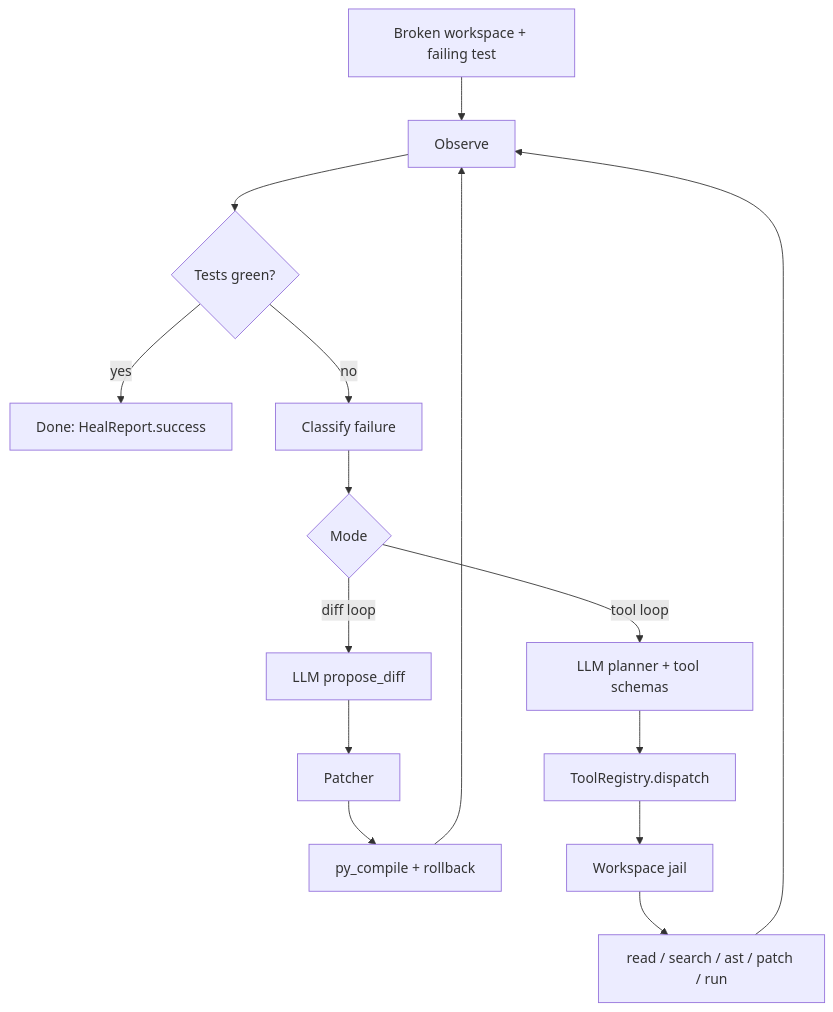
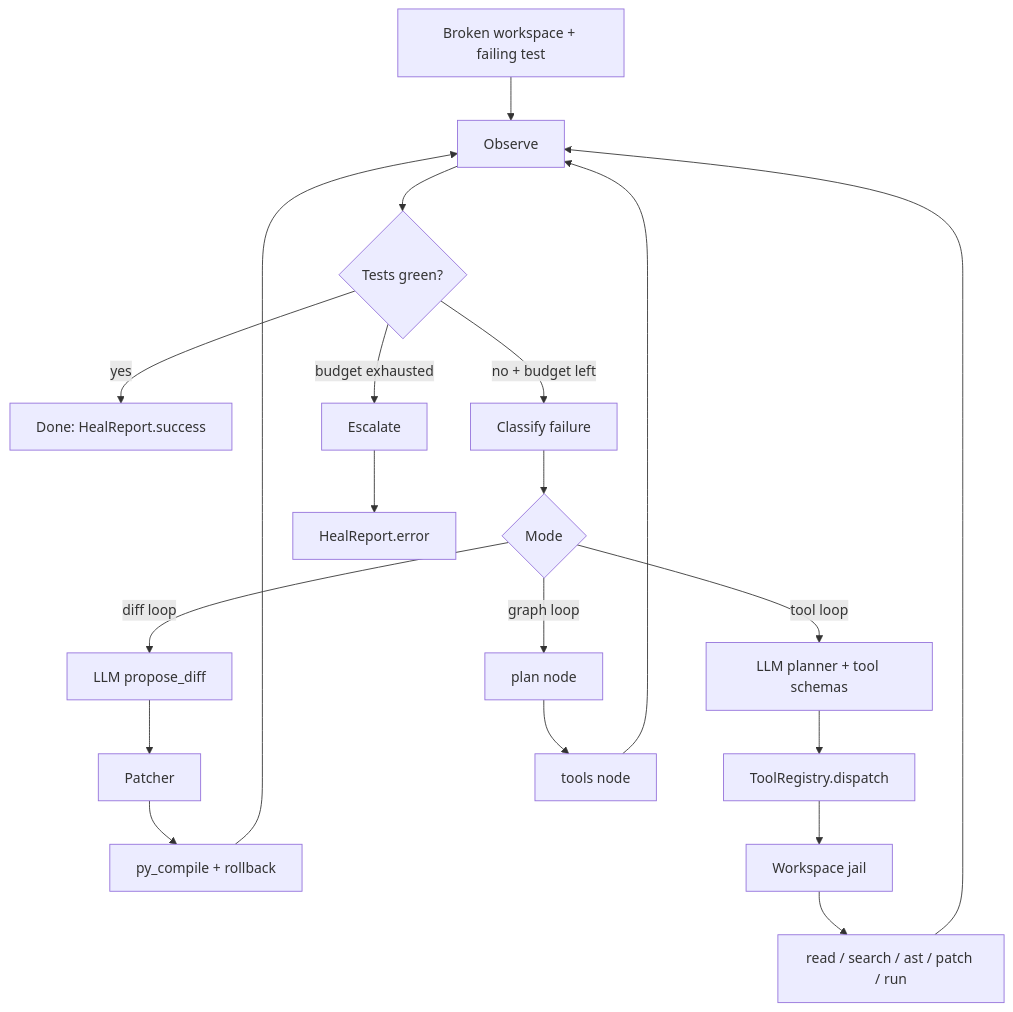
One commit to OlegUnreal/self-healing-pipeline changed the first of 2 diagrams in docs/architecture.md. Above: the diagram before and after it, drawn with Mermaid. The commit also changed other lines of this file and 2 other files, not shown here.

Commit message:
Update README and architecture for the graph loop

````diff
--- a/docs/architecture.md
+++ b/docs/architecture.md
@@ -9,17 +15,22 @@
 ```mermaid
 flowchart TD
     A[Broken workspace + failing test] --> B[Observe]
     B --> C{Tests green?}
     C -->|yes| Z[Done: HealReport.success]
-    C -->|no| D[Classify failure]
+    C -->|no + budget left| D[Classify failure]
+    C -->|budget exhausted| X[Escalate]
     D --> E{Mode}
     E -->|diff loop| F[LLM propose_diff]
     F --> G[Patcher]
     G --> H[py_compile + rollback]
     H --> B
     E -->|tool loop| I[LLM planner + tool schemas]
     I --> J[ToolRegistry.dispatch]
     J --> K[Workspace jail]
     K --> L[read / search / ast / patch / run]
     L --> B
+    E -->|graph loop| M[plan node]
+    M --> N[tools node]
+    N --> B
+    X --> Z2[HealReport.error]
 ```
````
